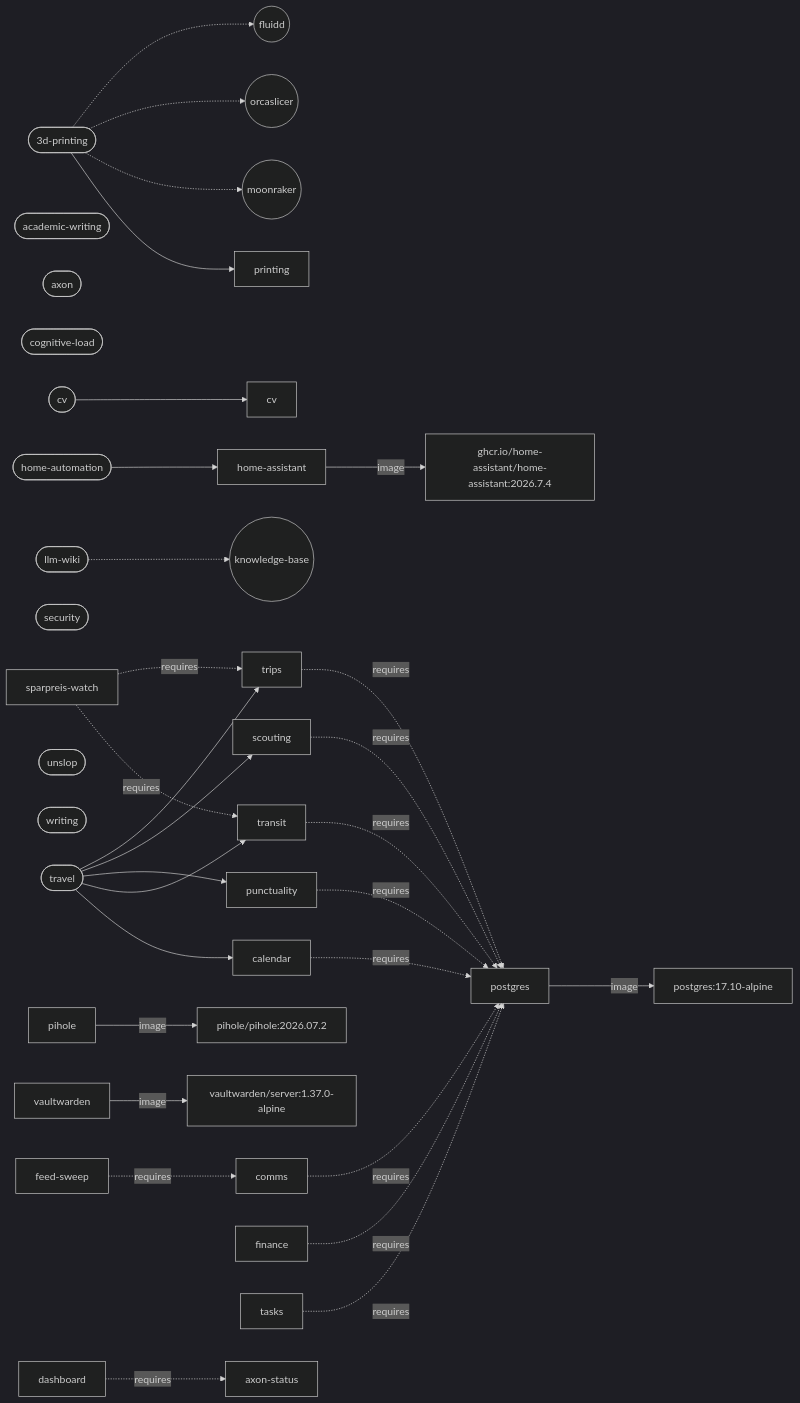
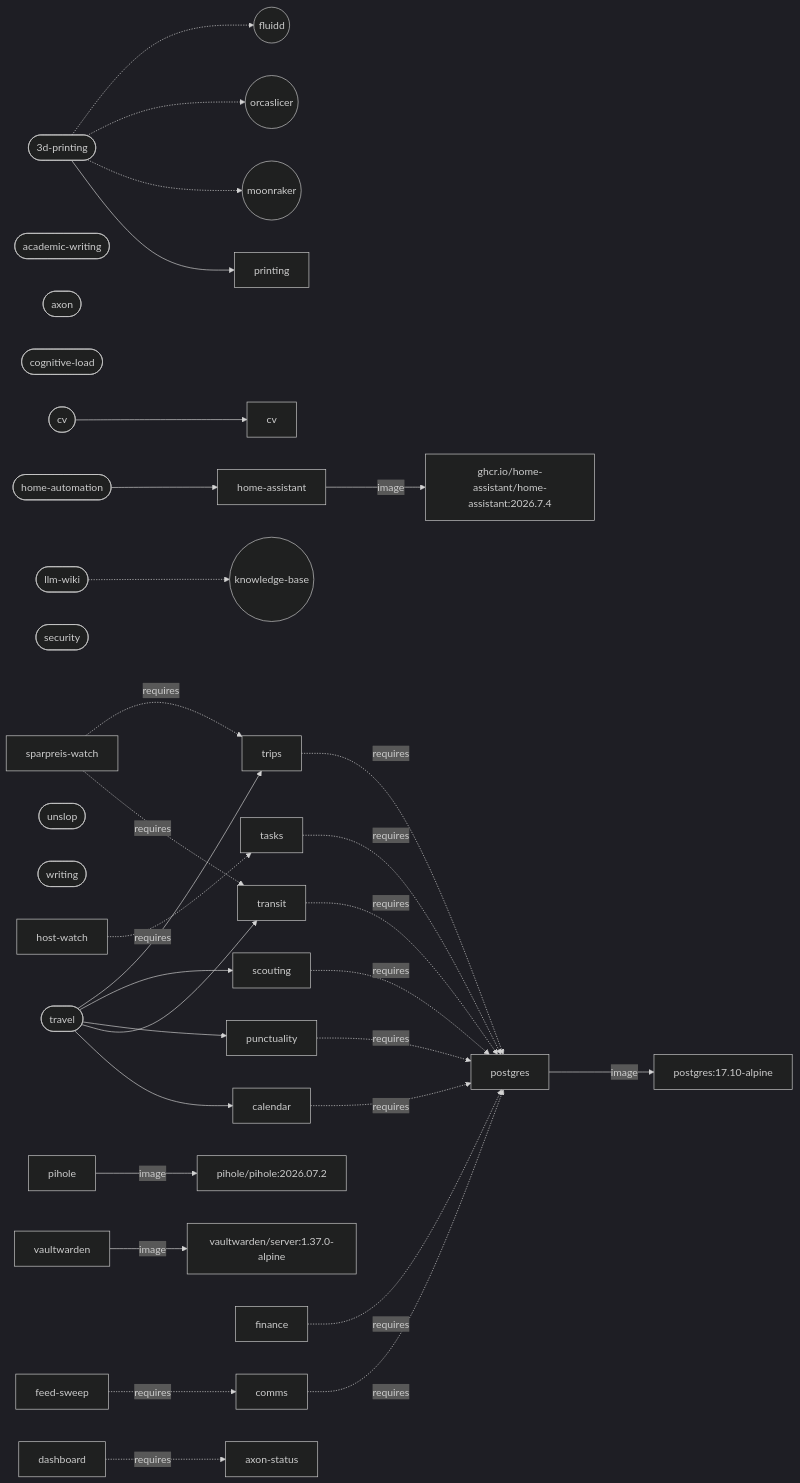
One commit to larsboes/Axon changed the diagram in ARCHITECTURE.md. Above: the diagram before and after it, drawn with Mermaid (dark theme). The commit also changed other lines of this file and 7 other files, not shown here.

````diff
--- a/ARCHITECTURE.md
+++ b/ARCHITECTURE.md
@@ -131,42 +131,43 @@
 ```mermaid
 flowchart LR
   pack_3d_printing(["3d-printing"])
   pack_3d_printing --> cap_printing["printing"]
   pack_3d_printing -.-> sys_moonraker(("moonraker"))
   pack_3d_printing -.-> sys_orcaslicer(("orcaslicer"))
   pack_3d_printing -.-> sys_fluidd(("fluidd"))
   pack_academic_writing(["academic-writing"])
   pack_axon(["axon"])
   pack_cognitive_load(["cognitive-load"])
   pack_cv(["cv"])
   pack_cv --> cap_cv["cv"]
   pack_home_automation(["home-automation"])
   pack_home_automation --> cap_home_assistant["home-assistant"]
   pack_llm_wiki(["llm-wiki"])
   pack_llm_wiki -.-> sys_knowledge_base(("knowledge-base"))
   pack_security(["security"])
   pack_travel(["travel"])
   pack_travel --> cap_calendar["calendar"]
   pack_travel --> cap_transit["transit"]
   pack_travel --> cap_punctuality["punctuality"]
   pack_travel --> cap_scouting["scouting"]
   pack_travel --> cap_trips["trips"]
   pack_unslop(["unslop"])
   pack_writing(["writing"])
   cap_home_assistant["home-assistant"] -->|image| img_ghcr_io_home_assistant_home_assistant["ghcr.io/home-assistant/home-assistant:2026.7.4"]
   cap_pihole["pihole"] -->|image| img_pihole_pihole["pihole/pihole:2026.07.2"]
   cap_postgres["postgres"] -->|image| img_postgres["postgres:17.10-alpine"]
   cap_vaultwarden["vaultwarden"] -->|image| img_vaultwarden_server["vaultwarden/server:1.37.0-alpine"]
   cap_calendar["calendar"] -.->|requires| cap_postgres["postgres"]
   cap_comms["comms"] -.->|requires| cap_postgres["postgres"]
   cap_feed_sweep["feed-sweep"] -.->|requires| cap_comms["comms"]
   cap_finance["finance"] -.->|requires| cap_postgres["postgres"]
+  cap_host_watch["host-watch"] -.->|requires| cap_tasks["tasks"]
   cap_punctuality["punctuality"] -.->|requires| cap_postgres["postgres"]
   cap_scouting["scouting"] -.->|requires| cap_postgres["postgres"]
   cap_sparpreis_watch["sparpreis-watch"] -.->|requires| cap_transit["transit"]
   cap_sparpreis_watch["sparpreis-watch"] -.->|requires| cap_trips["trips"]
   cap_tasks["tasks"] -.->|requires| cap_postgres["postgres"]
   cap_transit["transit"] -.->|requires| cap_postgres["postgres"]
   cap_trips["trips"] -.->|requires| cap_postgres["postgres"]
   cap_dashboard["dashboard"] -.->|requires| cap_axon_status["axon-status"]
 ```
````
